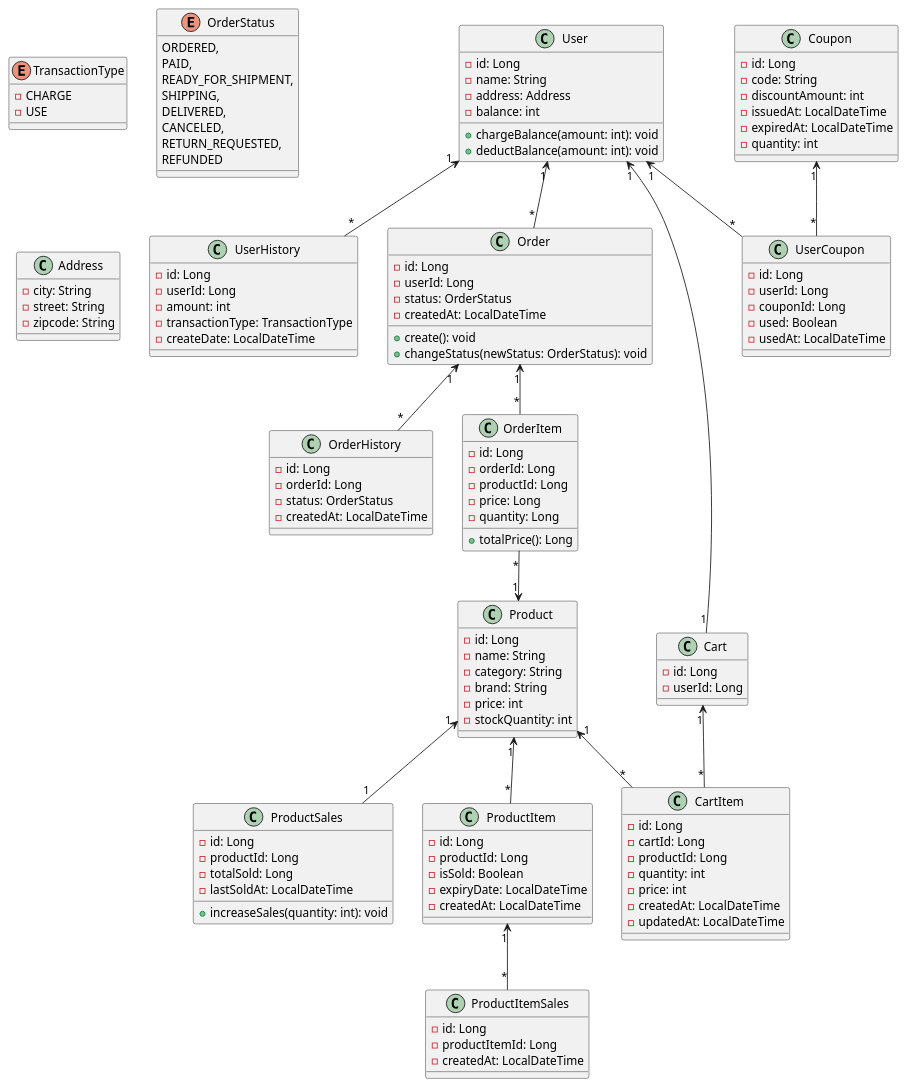
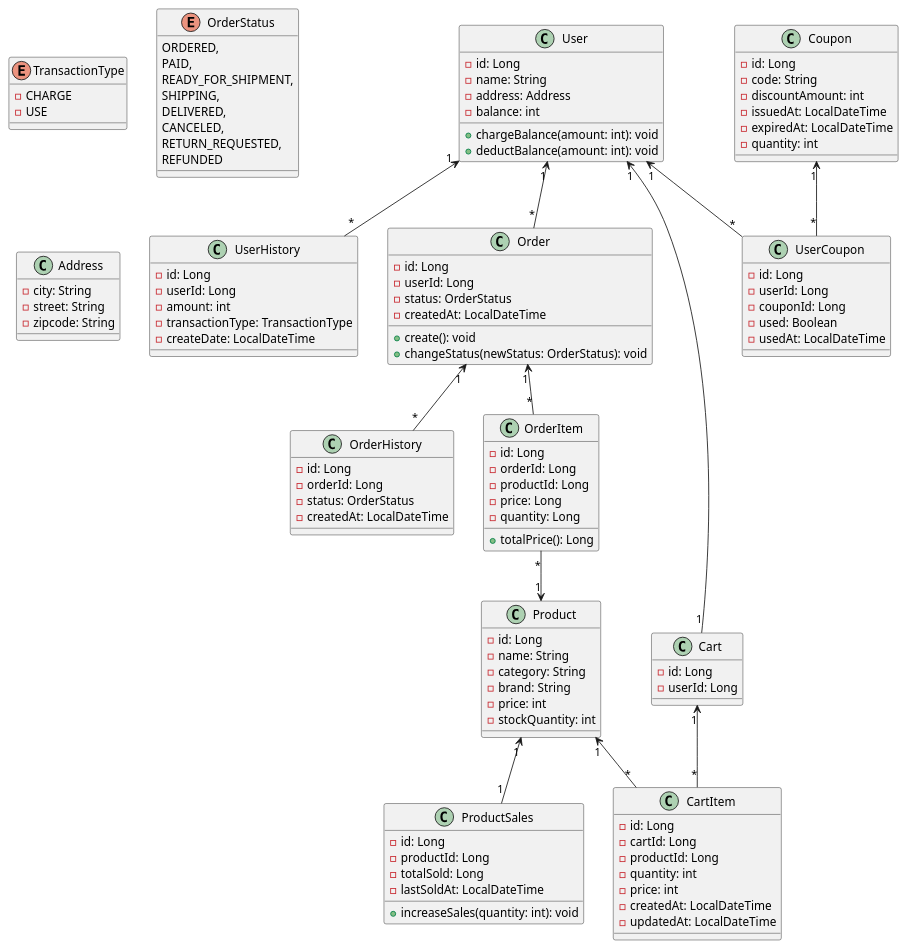
Before and after one commit to honge7694/hdd-server-java: the diagram in docs/erd/erd.puml, drawn with PlantUML.

Commit message:
ERD 7차 커밋 - ProductItem, ProductItemSales 롤백

```diff
--- a/docs/erd/erd.puml
+++ b/docs/erd/erd.puml
@@ -1,149 +1,133 @@
 @startuml
 
 enum TransactionType {
     - CHARGE
     - USE
 }
 
 enum OrderStatus {
     ORDERED,
     PAID,
     READY_FOR_SHIPMENT,
     SHIPPING,
     DELIVERED,
     CANCELED,
     RETURN_REQUESTED,
     REFUNDED
 }
 
 class User {
     - id: Long
     - name: String
     - address: Address
     - balance: int
     + chargeBalance(amount: int): void
     + deductBalance(amount: int): void
 }
 
 class UserHistory {
     - id: Long
     - userId: Long
     - amount: int
     - transactionType: TransactionType
     - createDate: LocalDateTime
 }
 
 class Address {
     - city: String
     - street: String
     - zipcode: String
 }
 
 class Coupon {
     - id: Long
     - code: String
     - discountAmount: int
     - issuedAt: LocalDateTime
     - expiredAt: LocalDateTime
     - quantity: int
 }
 
 class UserCoupon {
     - id: Long
     - userId: Long
     - couponId: Long
     - used: Boolean
     - usedAt: LocalDateTime
 }
 
 class Order {
     - id: Long
     - userId: Long
     - status: OrderStatus
     - createdAt: LocalDateTime
     + create(): void
     + changeStatus(newStatus: OrderStatus): void
 }
 
 class OrderHistory {
     - id: Long
     - orderId: Long
     - status: OrderStatus
     - createdAt: LocalDateTime
 }
 
 class OrderItem {
     - id: Long
     - orderId: Long
     - productId: Long
     - price: Long
     - quantity: Long
     + totalPrice(): Long
 }
 
 class Product {
     - id: Long
     - name: String
     - category: String
     - brand: String
     - price: int
     - stockQuantity: int
 }
 
 ' 판매량을 조회를 위해 분리
 class ProductSales {
     - id: Long
     - productId: Long
     - totalSold: Long
     - lastSoldAt: LocalDateTime
     + increaseSales(quantity: int): void
 }
 
-' 개별 재고, 유통기한 관리
-class ProductItem {
-    - id: Long
-    - productId: Long
-    - isSold: Boolean
-    - expiryDate: LocalDateTime
-    - createdAt: LocalDateTime
-}
-
-' 개별 판매량 조회
-class ProductItemSales {
-    - id: Long
-    - productItemId: Long
-    - createdAt: LocalDateTime
-}
-
 class Cart {
     - id: Long
     - userId: Long
 }
 
 class CartItem {
     - id: Long
     - cartId: Long
     - productId: Long
     - quantity: int
     - price: int
     - createdAt: LocalDateTime
     - updatedAt: LocalDateTime
 }
 
 ' 관계 정의
 User "1" <-- "*" UserHistory
 User "1" <-- "*" UserCoupon
 Coupon "1" <-- "*" UserCoupon
+
 User "1" <-- "*" Order
 Order "1" <-- "*" OrderItem
 OrderItem "*" --> "1" Product
 Order "1" <-- "*" OrderHistory
+
 Product "1" <-- "1" ProductSales
-Product "1" <-- "*" ProductItem
-ProductItem "1" <-- "*" ProductItemSales
+
 User "1" <-- "1" Cart
 Cart "1" <-- "*" CartItem
 Product "1" <-- "*" CartItem
 
-
 @enduml
```
